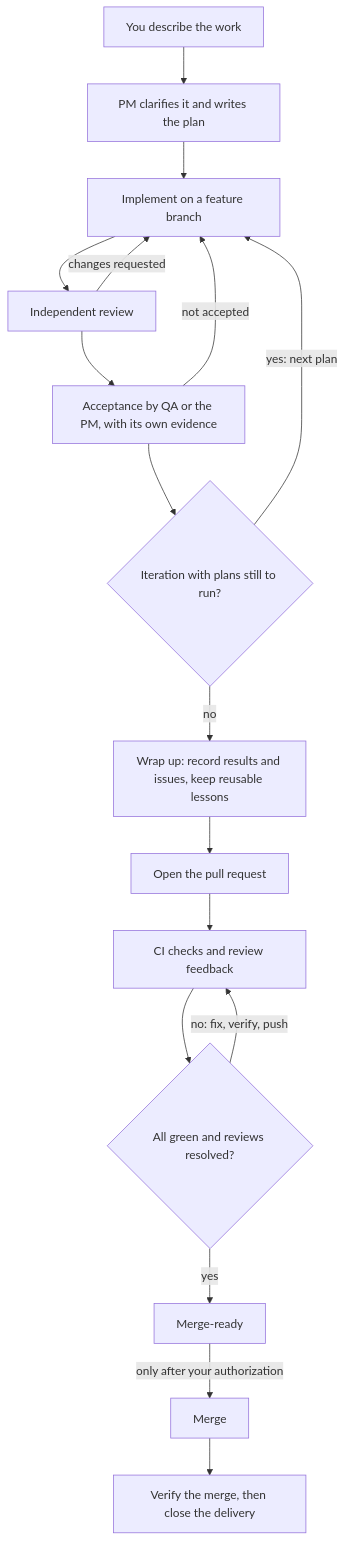
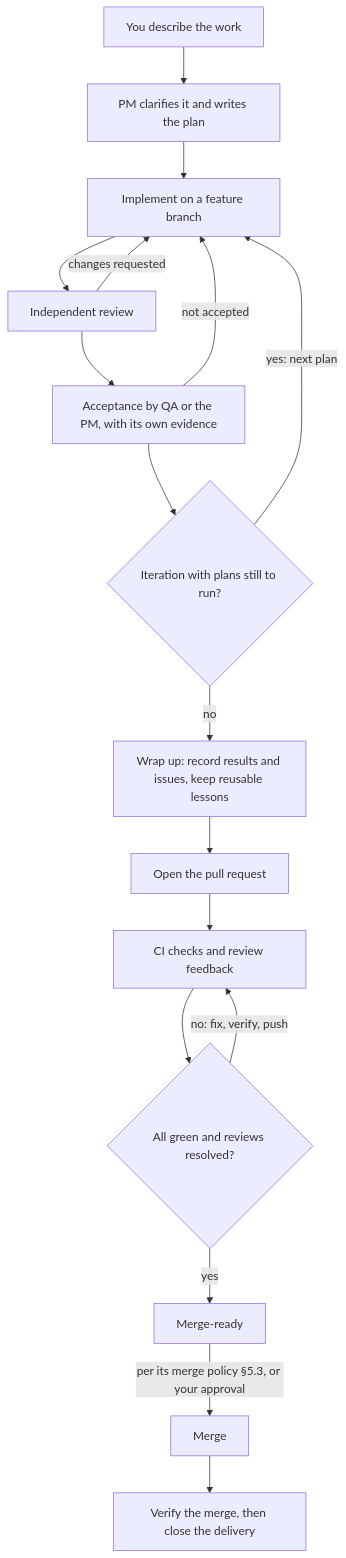
One commit to btspoony/mstar-harness changed the diagram in README.md. Above: the diagram before and after it, drawn with Mermaid. The commit also changed other lines of this file and 17 other files, not shown here.

First line of the commit message:
feat(iteration): gate the Phase 5 merge behind a recorded pr_merge_policy (#570)

````diff
--- a/README.md
+++ b/README.md
@@ -102,19 +102,19 @@
 ```mermaid
 flowchart TD
     A["You describe the work"] --> B["PM clarifies it and writes the plan"]
     B --> C["Implement on a feature branch"]
     C --> D["Independent review"]
     D -->|changes requested| C
     D --> E["Acceptance by QA or the PM, with its own evidence"]
     E -->|not accepted| C
     E --> F{"Iteration with plans still to run?"}
     F -->|yes: next plan| C
     F -->|no| G["Wrap up: record results and issues, keep reusable lessons"]
     G --> H["Open the pull request"]
     H --> I["CI checks and review feedback"]
     I --> J{"All green and reviews resolved?"}
     J -->|no: fix, verify, push| I
     J -->|yes| K["Merge-ready"]
-    K -->|only after your authorization| L["Merge"]
+    K -->|per its merge policy §5.3, or your approval| L["Merge"]
     L --> M["Verify the merge, then close the delivery"]
 ```
````
